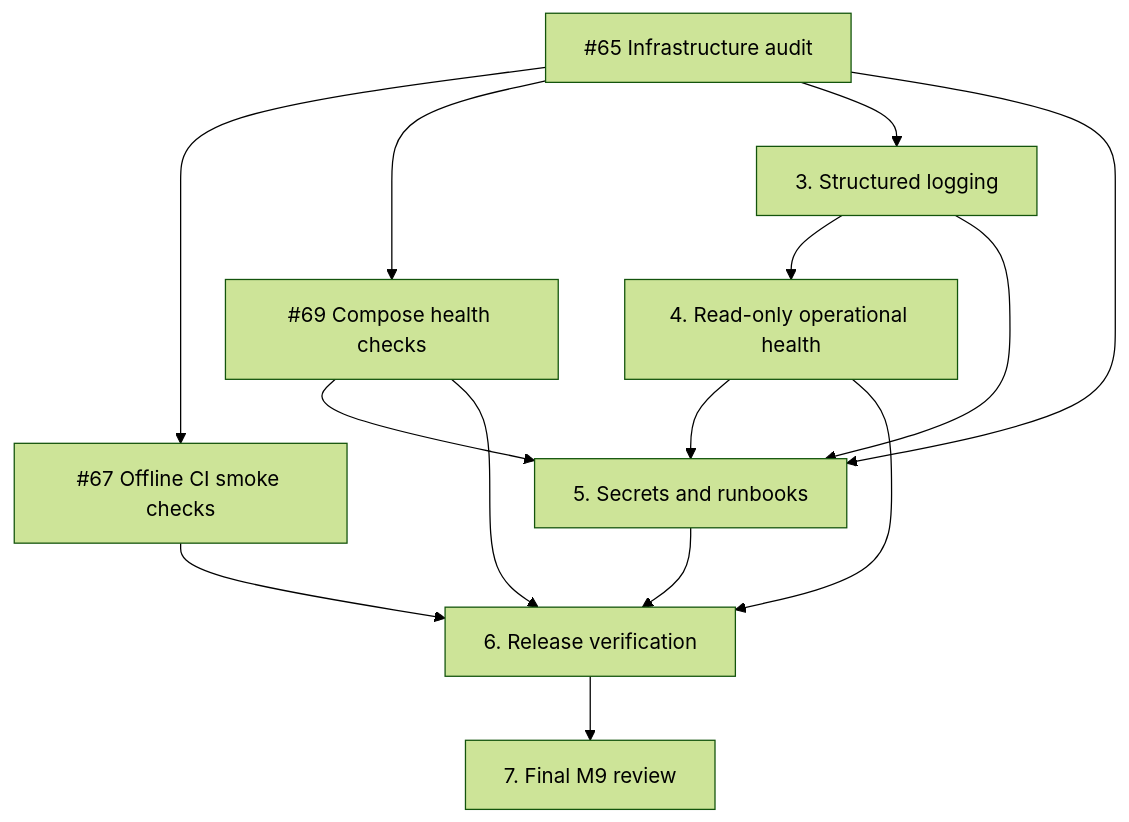
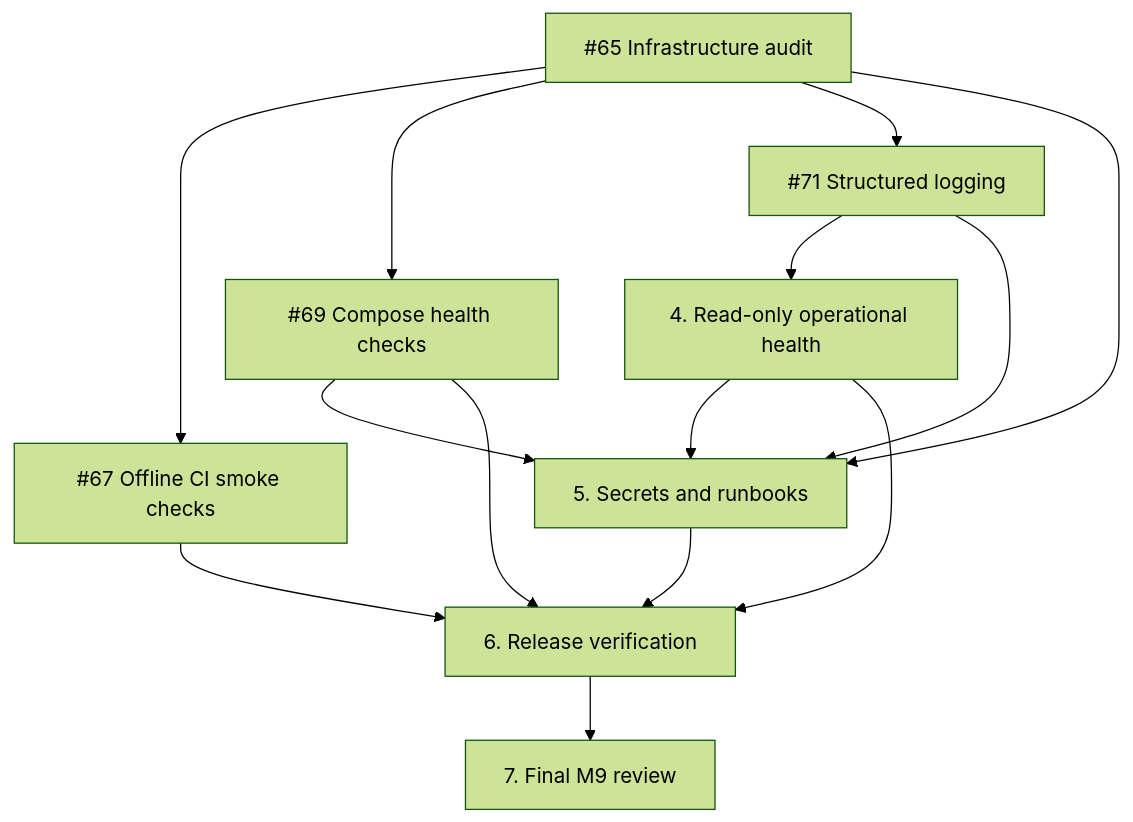
One commit to Ahmeddsayedd/financial-market-data-platform changed the diagram in docs/operations/m9-implementation-plan.md. Above: the diagram before and after it, drawn with Mermaid (forest theme). The commit also changed other lines of this file and 9 other files, not shown here.

````diff
--- a/docs/operations/m9-implementation-plan.md
+++ b/docs/operations/m9-implementation-plan.md
@@ -80,25 +80,25 @@
 ```mermaid
 flowchart TD
     Audit["#65 Infrastructure audit"]
     CI["#67 Offline CI smoke checks"]
     Compose["#69 Compose health checks"]
-    Logging["3. Structured logging"]
+    Logging["#71 Structured logging"]
     Health["4. Read-only operational health"]
     Runbook["5. Secrets and runbooks"]
     Release["6. Release verification"]
     Review["7. Final M9 review"]
 
     Audit --> CI
     Audit --> Compose
     Audit --> Logging
     Logging --> Health
     Audit --> Runbook
     Compose --> Runbook
     Logging --> Runbook
     Health --> Runbook
     CI --> Release
     Compose --> Release
     Health --> Release
     Runbook --> Release
     Release --> Review
 ```
````
